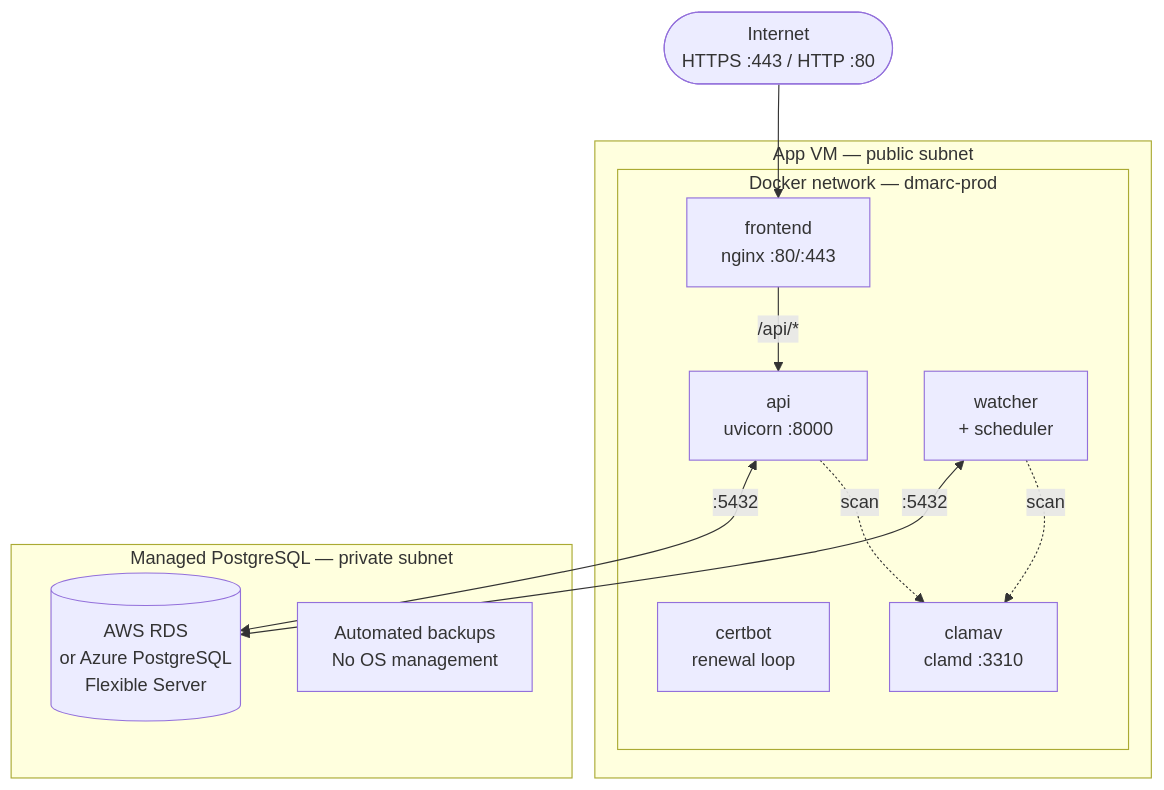
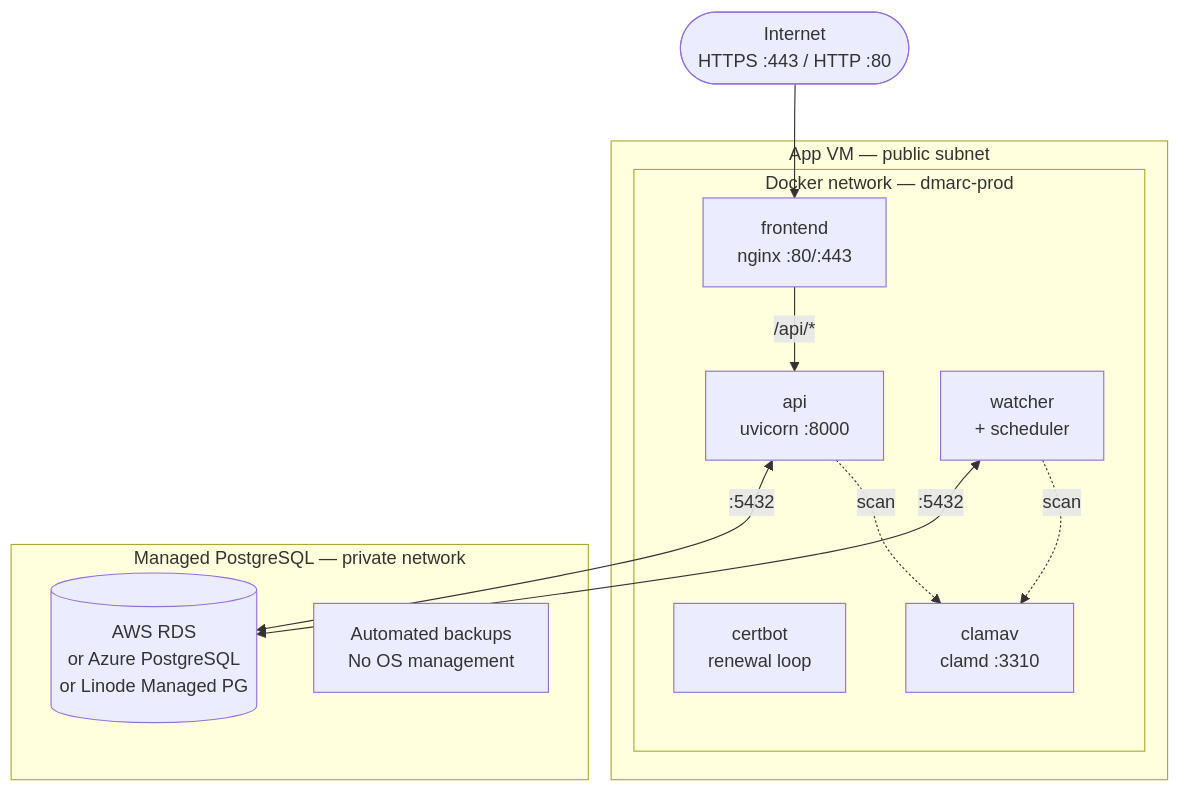
Before and after one commit to ideocentric/dmarc-parser: the third of 4 diagrams in docs/deployment-guide.md, drawn with Mermaid. The commit also changed other lines of this file and 17 other files, not shown here.

Commit message:
added terraform for linode and a rough monthly recurring cost chart.

````diff
--- a/docs/deployment-guide.md
+++ b/docs/deployment-guide.md
@@ -98,26 +100,26 @@
 ```mermaid
 flowchart TD
     Internet(["Internet\nHTTPS :443 / HTTP :80"])
 
     subgraph public["App VM — public subnet"]
         subgraph docker["Docker network — dmarc-prod"]
             FE["frontend\nnginx :80/:443"]
             API["api\nuvicorn :8000"]
             W["watcher\n+ scheduler"]
             CB["certbot\nrenewal loop"]
             AV["clamav\nclamd :3310"]
         end
     end
 
-    subgraph private["Managed PostgreSQL — private subnet"]
-        DB[("AWS RDS\nor Azure PostgreSQL\nFlexible Server")]
+    subgraph private["Managed PostgreSQL — private network"]
+        DB[("AWS RDS\nor Azure PostgreSQL\nor Linode Managed PG")]
         BK["Automated backups\nNo OS management"]
     end
 
     Internet --> FE
     FE -->|"/api/*"| API
     API <-->|":5432"| DB
     W <-->|":5432"| DB
     W -. scan .-> AV
     API -. scan .-> AV
 ```
````
